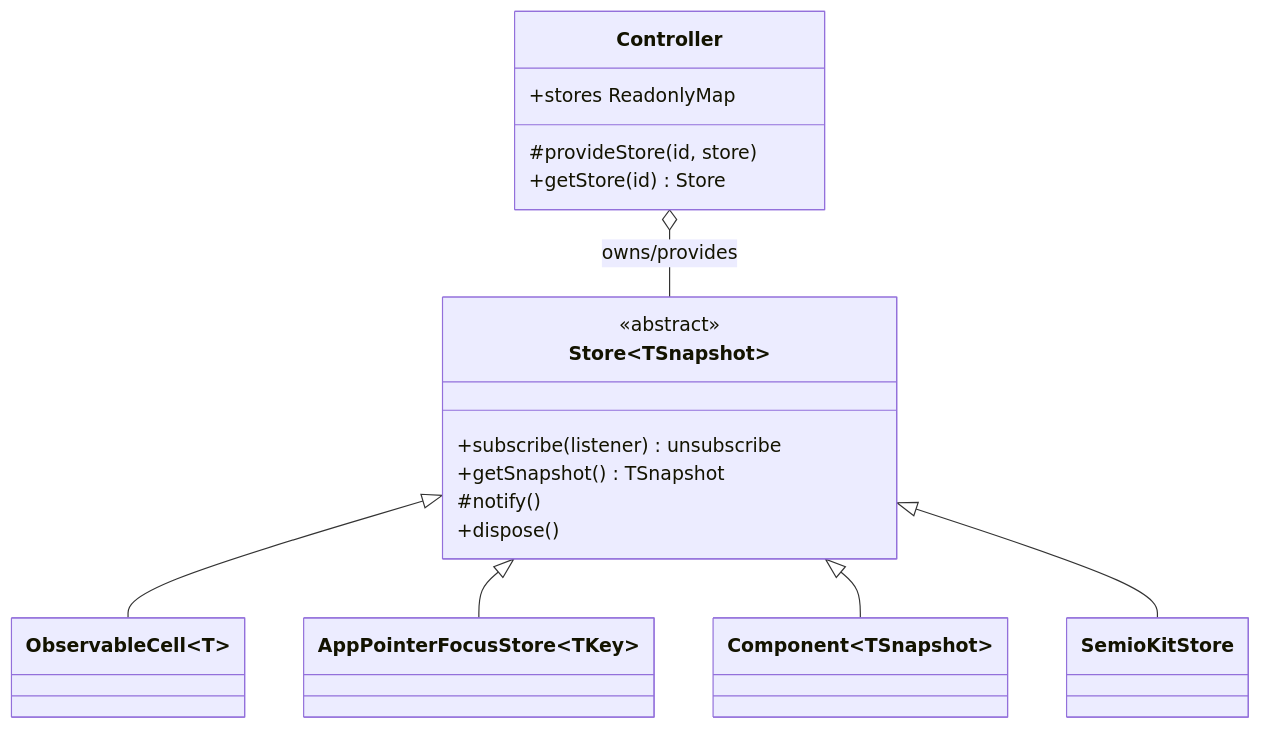
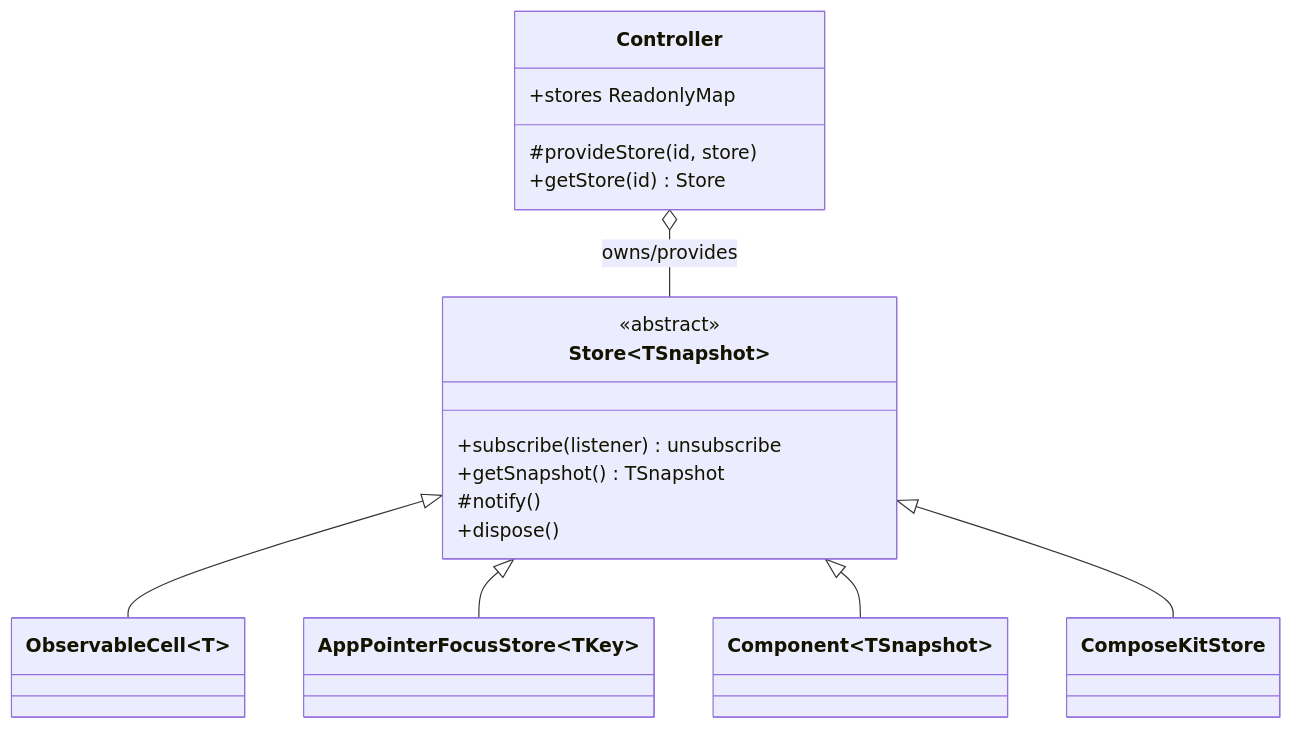
One commit to usalu/semio changed the diagram in .repo/🎫/26/05/30/UNIFIED-RENDERER-NEUTRAL-STORE-ABSTRACTION/unified_store_abstraction_0cd71f44.plan.md. Above: the diagram before and after it, drawn with Mermaid. The commit also changed other lines of this file and 7735 other files, not shown here.

````diff
--- a/.repo/🎫/26/05/30/UNIFIED-RENDERER-NEUTRAL-STORE-ABSTRACTION/unified_store_abstraction_0cd71f44.plan.md
+++ b/.repo/🎫/26/05/30/UNIFIED-RENDERER-NEUTRAL-STORE-ABSTRACTION/unified_store_abstraction_0cd71f44.plan.md
@@ -42,24 +42,24 @@
 ```mermaid
 classDiagram
   class Store~TSnapshot~ {
     <<abstract>>
     +subscribe(listener) unsubscribe
     +getSnapshot() TSnapshot
     #notify()
     +dispose()
   }
   class ObservableCell~T~
   class AppPointerFocusStore~TKey~
   class Component~TSnapshot~
-  class SemioKitStore
+  class ComposeKitStore
   Store <|-- ObservableCell
   Store <|-- AppPointerFocusStore
   Store <|-- Component
-  Store <|-- SemioKitStore
+  Store <|-- ComposeKitStore
   class Controller {
     #provideStore(id, store)
     +getStore(id) Store
     +stores ReadonlyMap
   }
   Controller o-- Store : owns/provides
 ```
````
